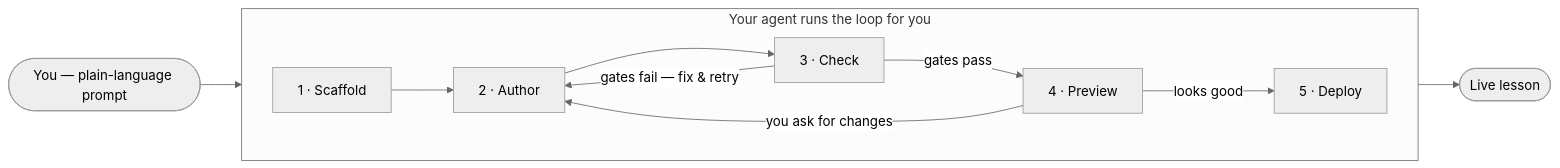
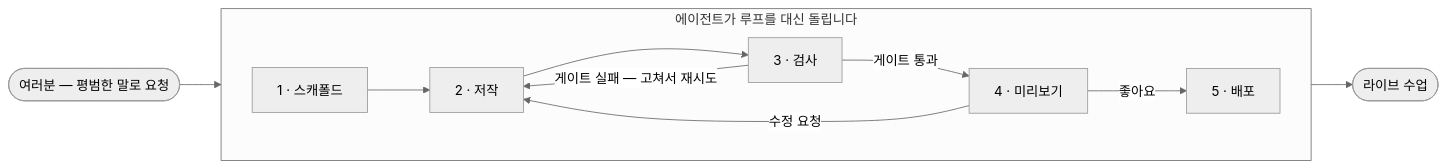
One commit to ssota-labs/faraday-edu changed the first of 2 diagrams in README.md. Above: the diagram before and after it, drawn with Mermaid (neutral theme). The commit also changed other lines of this file and 3 other files, not shown here.

````diff
--- a/README.md
+++ b/README.md
@@ -113,14 +120,14 @@
 ```mermaid
 flowchart LR
-    You(["You — plain-language prompt"]) --> S
-    subgraph Agent["Your agent runs the loop for you"]
+    You(["여러분 — 평범한 말로 요청"]) --> S
+    subgraph Agent["에이전트가 루프를 대신 돌립니다"]
         direction LR
-        S["1 · Scaffold"] --> A["2 · Author"]
-        A --> C["3 · Check"]
-        C -->|"gates fail — fix & retry"| A
-        C -->|"gates pass"| P["4 · Preview"]
-        P -->|"you ask for changes"| A
-        P -->|"looks good"| D["5 · Deploy"]
+        S["1 · 스캐폴드"] --> A["2 · 저작"]
+        A --> C["3 · 검사"]
+        C -->|"게이트 실패 — 고쳐서 재시도"| A
+        C -->|"게이트 통과"| P["4 · 미리보기"]
+        P -->|"수정 요청"| A
+        P -->|"좋아요"| D["5 · 배포"]
     end
-    D --> Live(["Live lesson"])
+    D --> Live(["라이브 수업"])
 ```
````
